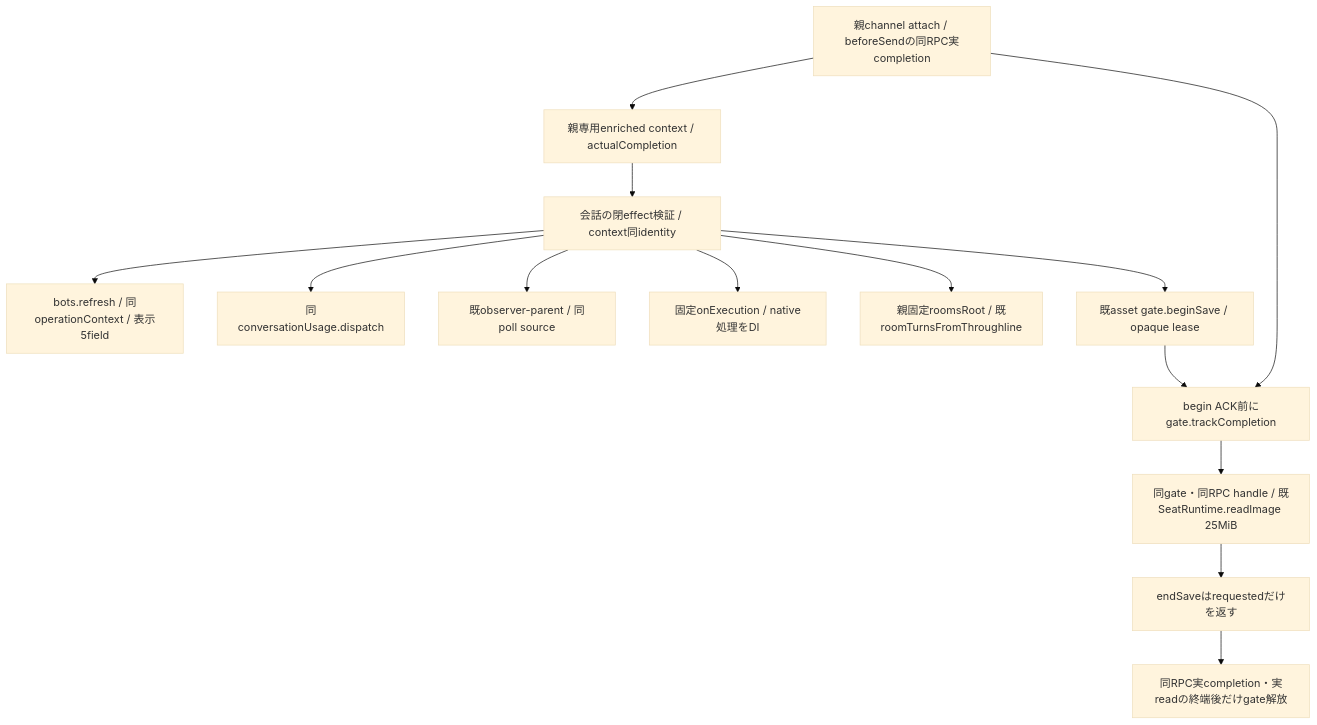
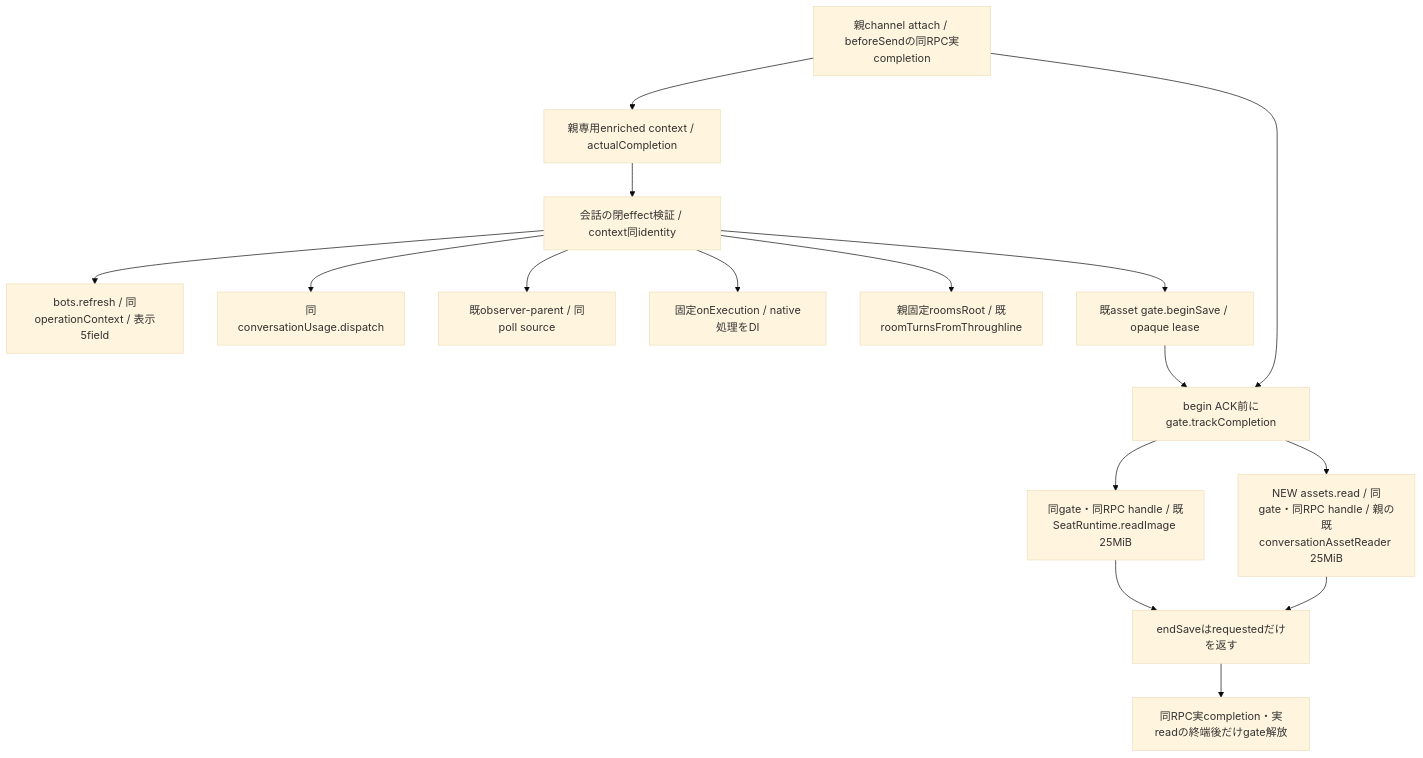
The seventh of 15 diagrams in docs/architecture/modules/conversation/process.md (kitepon/BellTeam), drawn with Mermaid (base theme) before and after one commit. The commit also changed other lines of this file and 6 other files, not shown here.

First line of the commit message:
conversation: parent effect assets.read inside an assets.beginSave lease (a290m)

````diff
--- a/docs/architecture/modules/conversation/process.md
+++ b/docs/architecture/modules/conversation/process.md
@@ -241,16 +241,18 @@
 ```mermaid
 flowchart TD
   RPC[親channel attach / beforeSendの同RPC実completion] --> Captured[親専用enriched context / actualCompletion]
   Captured --> Adapter[会話の閉effect検証 / context同identity]
   Adapter --> Members[bots.refresh / 同operationContext / 表示5field]
   Adapter --> Usage[同conversationUsage.dispatch]
   Adapter --> Observer[既observer-parent / 同poll source]
   Adapter --> Execution[固定onExecution / native処理をDI]
   Adapter --> Room[親固定roomsRoot / 既roomTurnsFromThroughline]
   Adapter --> Begin[既asset gate.beginSave / opaque lease]
   RPC --> Track[begin ACK前にgate.trackCompletion]
   Begin --> Track
   Track --> Read[同gate・同RPC handle / 既SeatRuntime.readImage 25MiB]
+  Track --> ReadAsset[NEW assets.read / 同gate・同RPC handle / 親の既conversationAssetReader 25MiB]
   Read --> End[endSaveはrequestedだけを返す]
+  ReadAsset --> End
   End --> Drain[同RPC実completion・実readの終端後だけgate解放]
 ```
````
